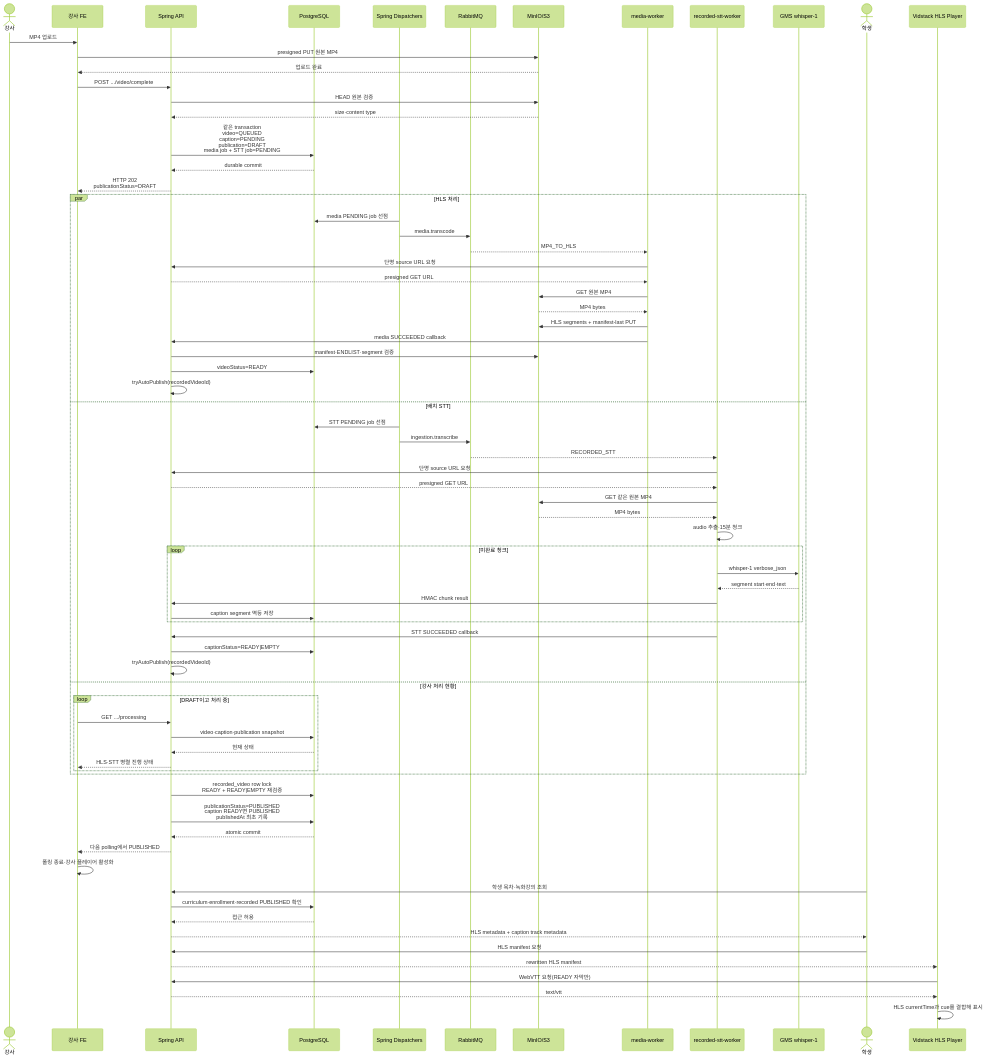
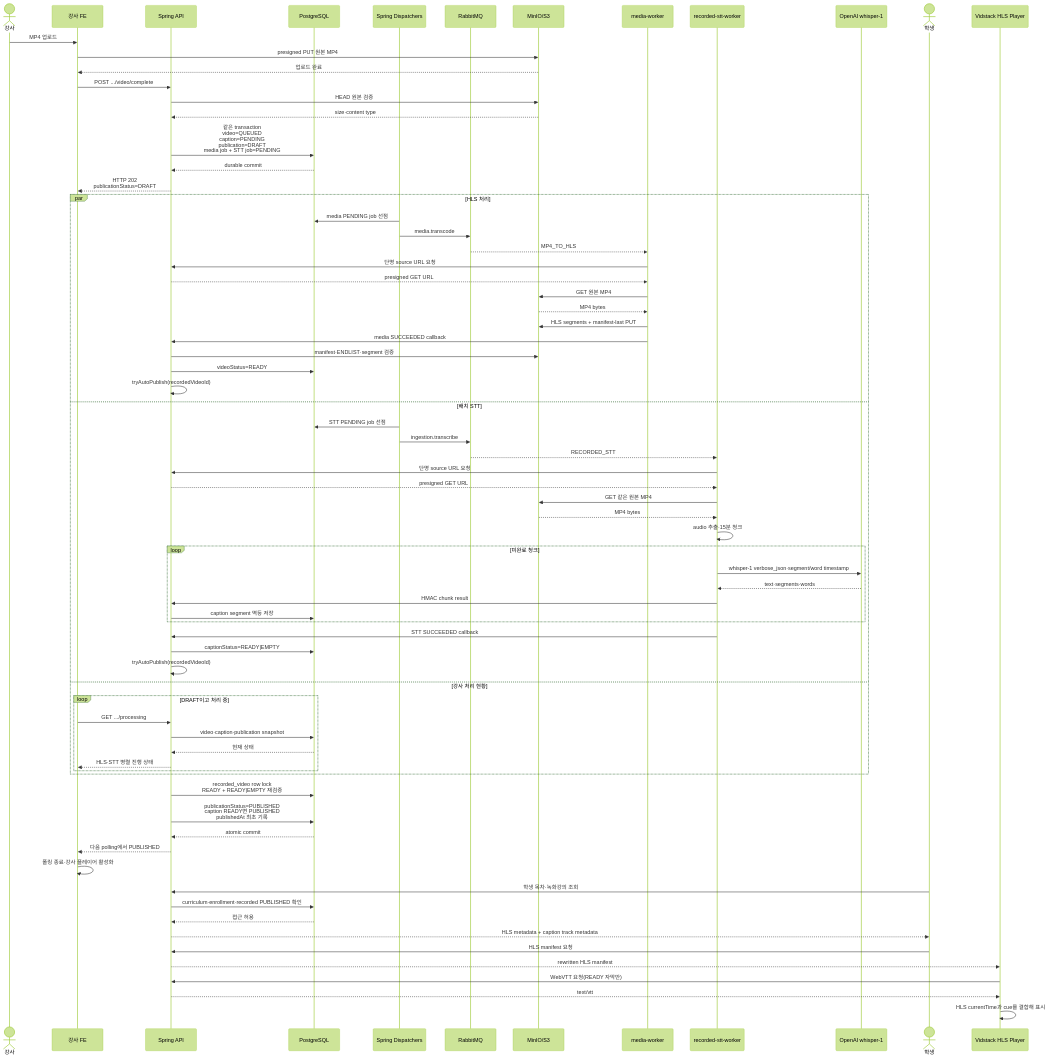
Before and after one commit to thdwjdrl401/jiphyeonjeon: the diagram in docs/decisions/choinhoo/0012-recorded-lesson-hls-caption-auto-publication.md, drawn with Mermaid (forest theme). The commit also changed other lines of this file and 4 other files, not shown here.

````diff
--- a/docs/decisions/choinhoo/0012-recorded-lesson-hls-caption-auto-publication.md
+++ b/docs/decisions/choinhoo/0012-recorded-lesson-hls-caption-auto-publication.md
@@ -179,81 +180,81 @@
 ```mermaid
 sequenceDiagram
     actor I as 강사
     participant FE as 강사 FE
     participant B as Spring API
     participant DB as PostgreSQL
     participant D as Spring Dispatchers
     participant MQ as RabbitMQ
     participant S3 as MinIO/S3
     participant MW as media-worker
     participant SW as recorded-stt-worker
-    participant GMS as GMS whisper-1
+    participant OPENAI as OpenAI whisper-1
     actor S as 학생
     participant P as Vidstack HLS Player
 
     I->>FE: MP4 업로드
     FE->>S3: presigned PUT 원본 MP4
     S3-->>FE: 업로드 완료
     FE->>B: POST .../video/complete
     B->>S3: HEAD 원본 검증
     S3-->>B: size·content type
     B->>DB: 같은 transaction<br/>video=QUEUED<br/>caption=PENDING<br/>publication=DRAFT<br/>media job + STT job=PENDING
     DB-->>B: durable commit
     B-->>FE: HTTP 202<br/>publicationStatus=DRAFT
 
     par HLS 처리
         D->>DB: media PENDING job 선점
         D->>MQ: media.transcode
         MQ-->>MW: MP4_TO_HLS
         MW->>B: 단명 source URL 요청
         B-->>MW: presigned GET URL
         MW->>S3: GET 원본 MP4
         S3-->>MW: MP4 bytes
         MW->>S3: HLS segments + manifest-last PUT
         MW->>B: media SUCCEEDED callback
         B->>S3: manifest·ENDLIST·segment 검증
         B->>DB: videoStatus=READY
         B->>B: tryAutoPublish(recordedVideoId)
     and 배치 STT
         D->>DB: STT PENDING job 선점
         D->>MQ: ingestion.transcribe
         MQ-->>SW: RECORDED_STT
         SW->>B: 단명 source URL 요청
         B-->>SW: presigned GET URL
         SW->>S3: GET 같은 원본 MP4
         S3-->>SW: MP4 bytes
         SW->>SW: audio 추출·15분 청크
         loop 미완료 청크
-            SW->>GMS: whisper-1 verbose_json
-            GMS-->>SW: segment start·end·text
+            SW->>OPENAI: whisper-1 verbose_json·segment/word timestamp
+            OPENAI-->>SW: text·segments·words
             SW->>B: HMAC chunk result
             B->>DB: caption segment 멱등 저장
         end
         SW->>B: STT SUCCEEDED callback
         B->>DB: captionStatus=READY|EMPTY
         B->>B: tryAutoPublish(recordedVideoId)
     and 강사 처리 현황
         loop DRAFT이고 처리 중
             FE->>B: GET .../processing
             B->>DB: video·caption·publication snapshot
             DB-->>B: 현재 상태
             B-->>FE: HLS·STT 병렬 진행 상태
         end
     end
 
     B->>DB: recorded_video row lock<br/>READY + READY|EMPTY 재검증
     B->>DB: publicationStatus=PUBLISHED<br/>caption READY면 PUBLISHED<br/>publishedAt 최초 기록
     DB-->>B: atomic commit
     B-->>FE: 다음 polling에서 PUBLISHED
     FE->>FE: 폴링 종료·강사 플레이어 활성화
 
     S->>B: 학생 목차·녹화강의 조회
     B->>DB: curriculum·enrollment·recorded PUBLISHED 확인
     DB-->>B: 접근 허용
     B-->>S: HLS metadata + caption track metadata
     S->>B: HLS manifest 요청
     B-->>P: rewritten HLS manifest
     P->>B: WebVTT 요청(READY 자막만)
     B-->>P: text/vtt
     P->>P: HLS currentTime과 cue를 결합해 표시
 ```
````
